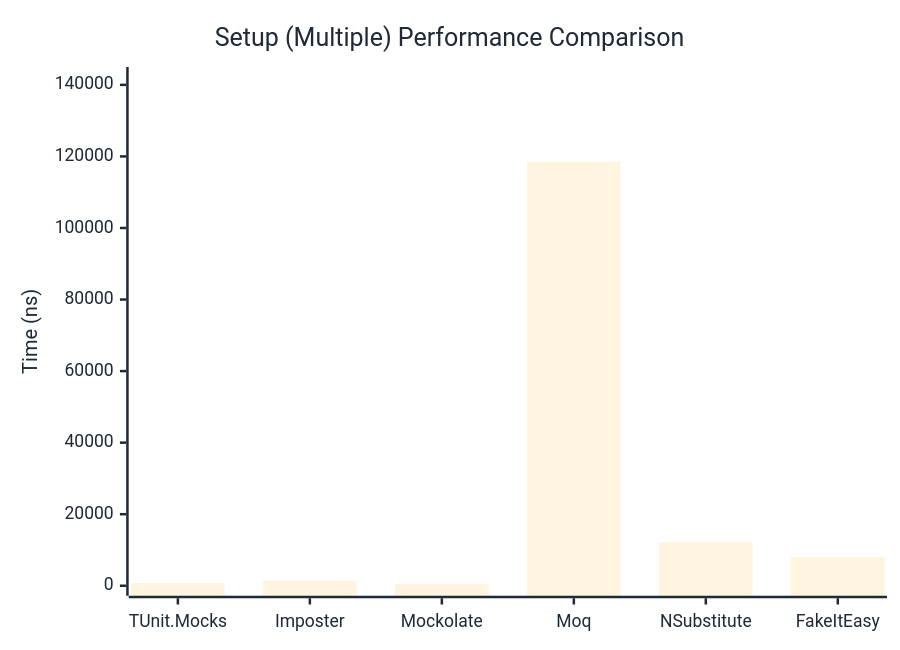
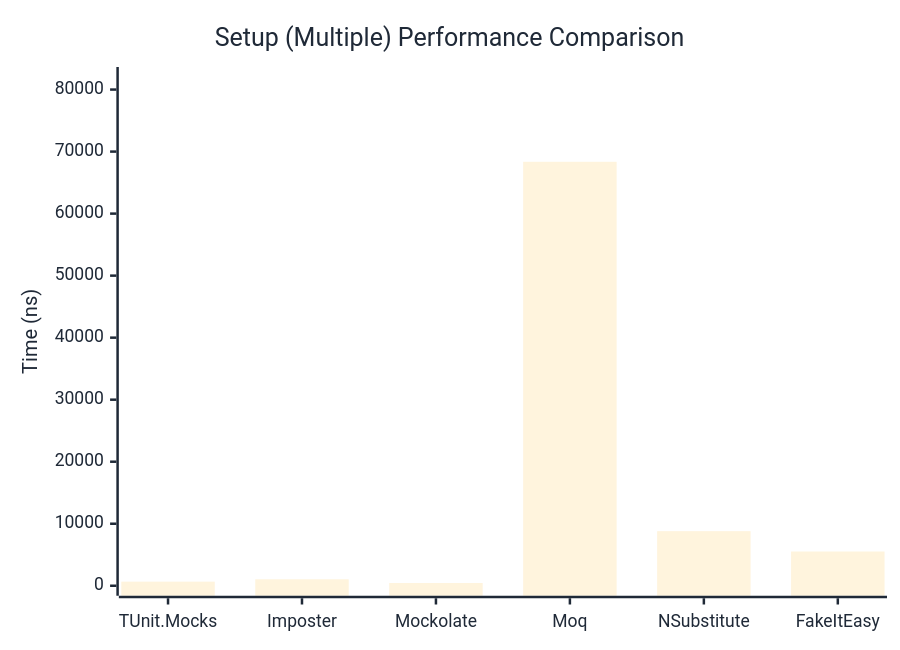
One commit to thomhurst/TUnit changed the second of 2 diagrams in docs/docs/benchmarks/mocks/Setup.md. Above: the diagram before and after it, drawn with Mermaid. The commit also changed other lines of this file and 14 other files, not shown here.

````diff
--- a/docs/docs/benchmarks/mocks/Setup.md
+++ b/docs/docs/benchmarks/mocks/Setup.md
@@ -71,27 +71,27 @@
 ```mermaid
 %%{init: {
   'theme':'base',
   'themeVariables': {
     'primaryColor': '#2563eb',
     'primaryTextColor': '#1f2937',
     'primaryBorderColor': '#1e40af',
     'lineColor': '#6b7280',
     'secondaryColor': '#7c3aed',
     'tertiaryColor': '#dc2626',
     'background': '#ffffff',
     'pie1': '#2563eb',
     'pie2': '#7c3aed',
     'pie3': '#dc2626',
     'pie4': '#f59e0b',
     'pie5': '#10b981',
     'pie6': '#06b6d4',
     'pie7': '#ec4899',
     'pie8': '#6366f1'
   }
 }}%%
 xychart-beta
   title "Setup (Multiple) Performance Comparison"
   x-axis ["TUnit.Mocks", "Imposter", "Mockolate", "Moq", "NSubstitute", "FakeItEasy"]
-  y-axis "Time (ns)" 0 --> 142199
-  bar [789.6, 1410.5, 554.5, 118498.6, 12198.8, 7943.8]
+  y-axis "Time (ns)" 0 --> 82027
+  bar [659.7, 1041.6, 442.2, 68355.7, 8802, 5521.3]
 ```
````
